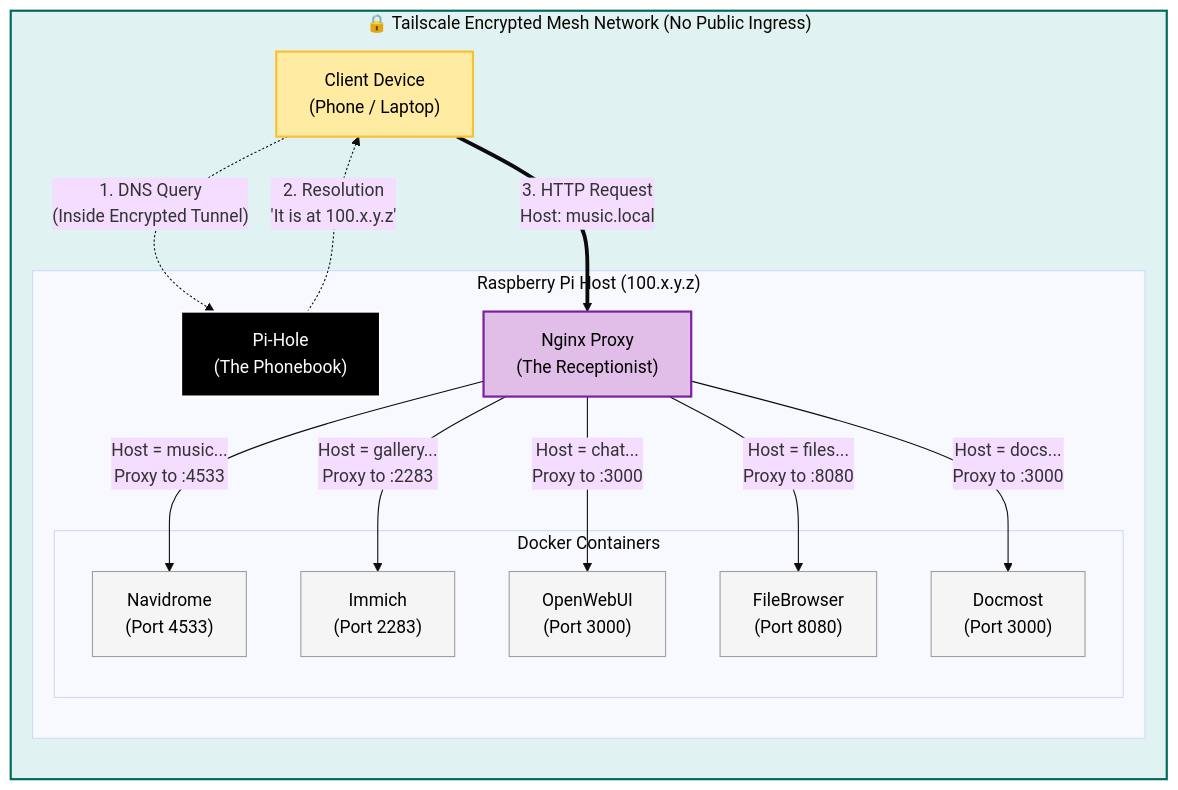
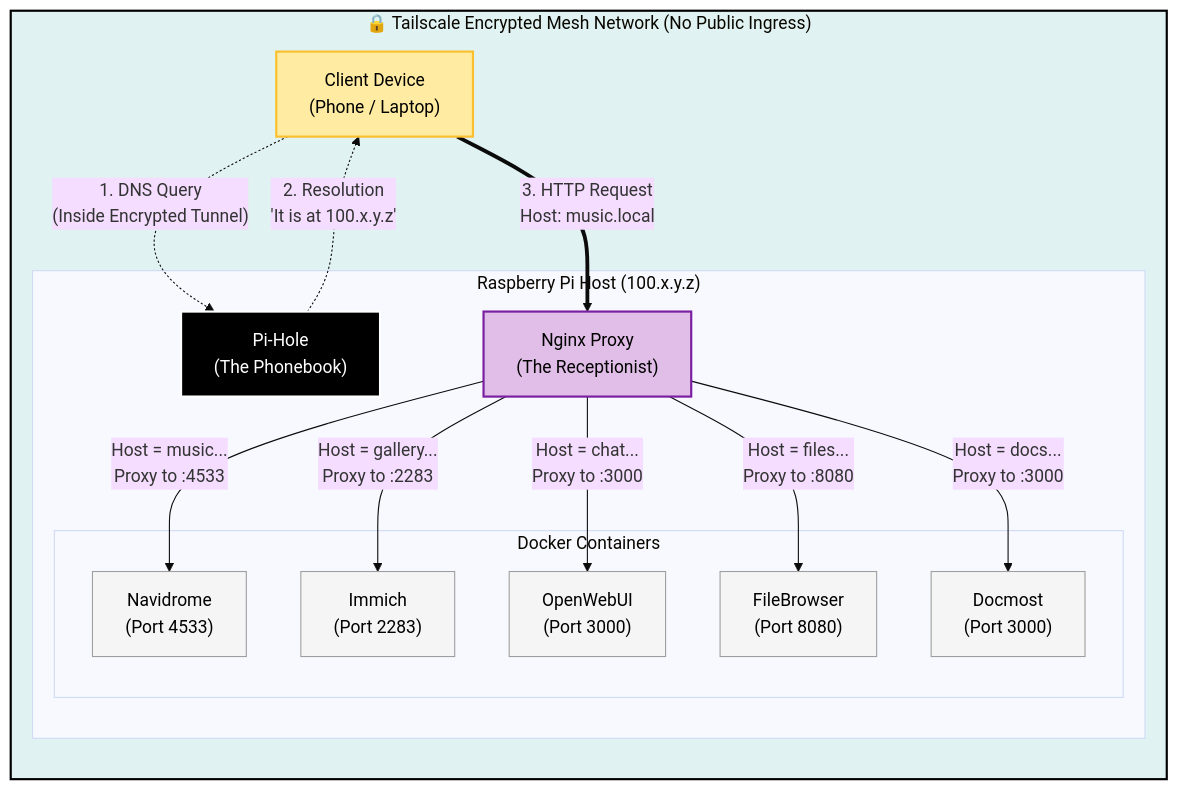
One commit to spaceadler/homelab changed the diagram in README.md. Above: the diagram before and after it, drawn with Mermaid (base theme).

````diff
--- a/README.md
+++ b/README.md
@@ -55,51 +55,50 @@
 ```mermaid
 graph TD
     %% STYLING
     classDef client fill:#ffeba1,stroke:#fbc02d,stroke-width:2px,color:#000;
-    %% CHANGED: DNS scheme set to black fill, white stroke, white text
     classDef dns fill:#000000,stroke:#ffffff,stroke-width:2px,color:#ffffff;
     classDef proxy fill:#e1bee7,stroke:#7b1fa2,stroke-width:2px,color:#000;
     classDef service fill:#f5f5f5,stroke:#9e9e9e,stroke-width:1px,color:#000;
-    classDef mesh fill:#e0f2f1,stroke:#00695c,stroke-width:2px,stroke-dasharray:
+    classDef mesh fill:#e0f2f1,stroke:#000,stroke-width:2px,stroke-dasharray:
 
     %% --- THE SECURE BOX ---
     subgraph Mesh ["🔒 Tailscale Encrypted Mesh Network (No Public Ingress)"]
         direction TB
         
         %% NODES
         User["Client Device<br/>(Phone / Laptop)"]:::client
         
         subgraph Host [" Raspberry Pi Host (100.x.y.z) "]
             
             PiHole["Pi-Hole<br/>(The Phonebook)"]:::dns
             Nginx["Nginx Proxy<br/>(The Receptionist)"]:::proxy
             
             subgraph Containers [" Docker Containers "]
                 Music["Navidrome<br/>(Port 4533)"]:::service
                 Immich["Immich<br/>(Port 2283)"]:::service
                 AI["OpenWebUI<br/>(Port 3000)"]:::service
                 Files["FileBrowser<br/>(Port 8080)"]:::service
                 Docs["Docmost<br/>(Port 3000)"]:::service
             end
         end
     end
 
     %% LOGIC FLOW
     
     %% Step 1: DNS
     User -.->|"1. DNS Query<br/>(Inside Encrypted Tunnel)"| PiHole
     PiHole -.->|"2. Resolution<br/>'It is at 100.x.y.z'"| User
 
     %% Step 2: Traffic
     User ==>|"3. HTTP Request<br/>Host: music.local"| Nginx
 
     %% Step 3: Routing
     Nginx -->|"Host = music...<br/>Proxy to :4533"| Music
     Nginx -->|"Host = gallery...<br/>Proxy to :2283"| Immich
     Nginx -->|"Host = chat...<br/>Proxy to :3000"| AI
     Nginx -->|"Host = files...<br/>Proxy to :8080"| Files
     Nginx -->|"Host = docs...<br/>Proxy to :3000"| Docs
 
     %% Apply Mesh Style
     class Mesh mesh;
 ```
````
